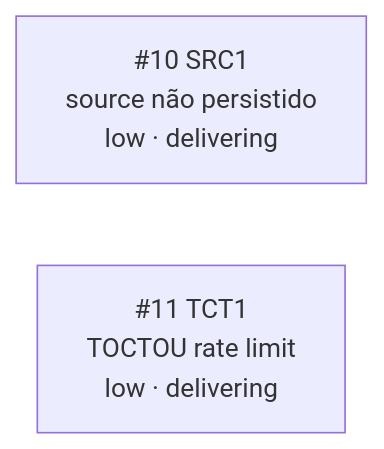
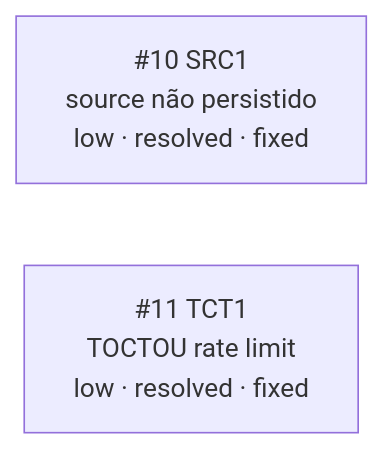
The diagram in _reversa_bugs/insights-ia-dashboard/generated/graph.md (antoniojunnior/portal-sigilo), drawn with Mermaid before and after one commit. The commit also changed other lines of this file and 10 other files, not shown here.

First line of the commit message:
docs: regenera views de bugs (graph/matrix/spec-matrix) apos promocoes

````diff
--- a/_reversa_bugs/insights-ia-dashboard/generated/graph.md
+++ b/_reversa_bugs/insights-ia-dashboard/generated/graph.md
@@ -5,5 +5,5 @@
 ```mermaid
 graph LR
-    SRC1["#10 SRC1<br/>source não persistido<br/>low · delivering"]
-    TCT1["#11 TCT1<br/>TOCTOU rate limit<br/>low · delivering"]
+    SRC1["#10 SRC1<br/>source não persistido<br/>low · resolved · fixed"]
+    TCT1["#11 TCT1<br/>TOCTOU rate limit<br/>low · resolved · fixed"]
 ```
````
